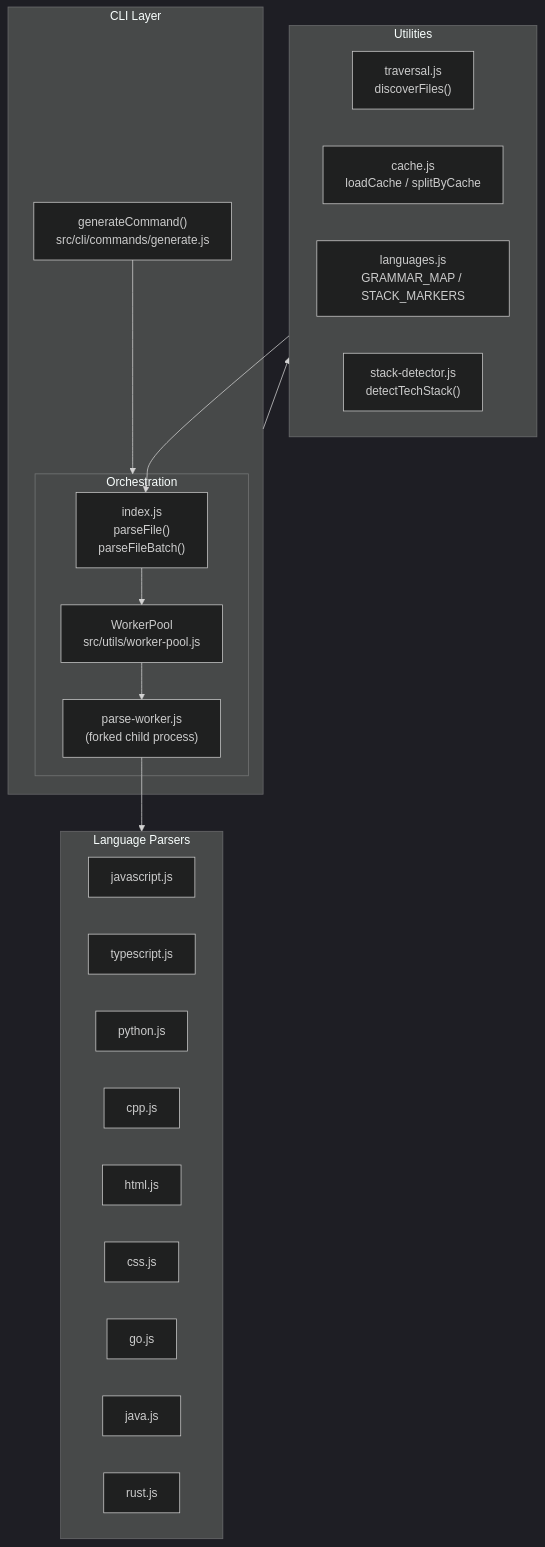
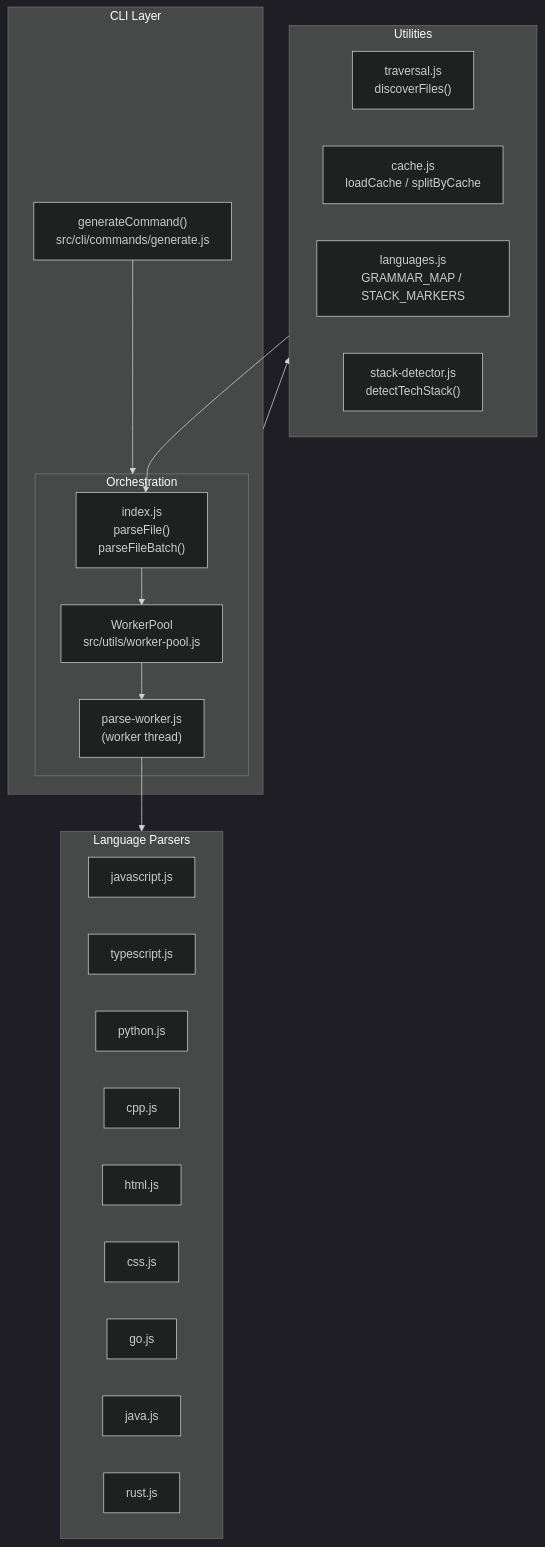
The first of 8 diagrams in ARCHITECTURE/parser.md (Arham-Qureshi/codebase-vis), drawn with Mermaid (dark theme) before and after one commit. The commit also changed other lines of this file, not shown here.

Commit message:
docs: update parser — parentPort, worker_threads

````diff
--- a/ARCHITECTURE/parser.md
+++ b/ARCHITECTURE/parser.md
@@ -36,38 +36,38 @@
 ```mermaid
 flowchart TD
     subgraph CLI["CLI Layer"]
         GEN["generateCommand()<br/>src/cli/commands/generate.js"]
         GEN --> PARSER
     end
 
     subgraph PARSER["Orchestration"]
         IDX["index.js<br/>parseFile()<br/>parseFileBatch()"]
-        PW["parse-worker.js<br/>(forked child process)"]
+        PW["parse-worker.js<br/>(worker thread)"]
         WP["WorkerPool<br/>src/utils/worker-pool.js"]
     end
 
     subgraph UTILS["Utilities"]
         TRAV["traversal.js<br/>discoverFiles()"]
         CACHE["cache.js<br/>loadCache / splitByCache"]
         LANG["languages.js<br/>GRAMMAR_MAP / STACK_MARKERS"]
         STACK["stack-detector.js<br/>detectTechStack()"]
     end
 
     subgraph PARSERS["Language Parsers"]
         JS["javascript.js"]
         TS["typescript.js"]
         PY["python.js"]
         CPP["cpp.js"]
         HTML["html.js"]
         CSS["css.js"]
         GO["go.js"]
         JAVA["java.js"]
         RUST["rust.js"]
     end
 
     CLI --> UTILS
     UTILS --> IDX
     IDX --> WP
     WP --> PW
     PW --> PARSERS
 ```
````
